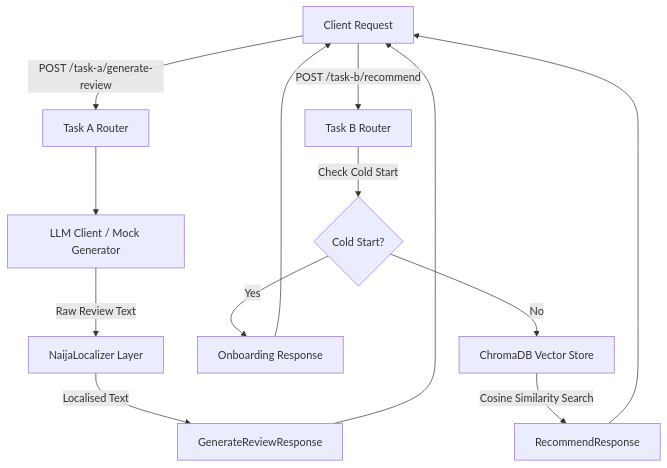
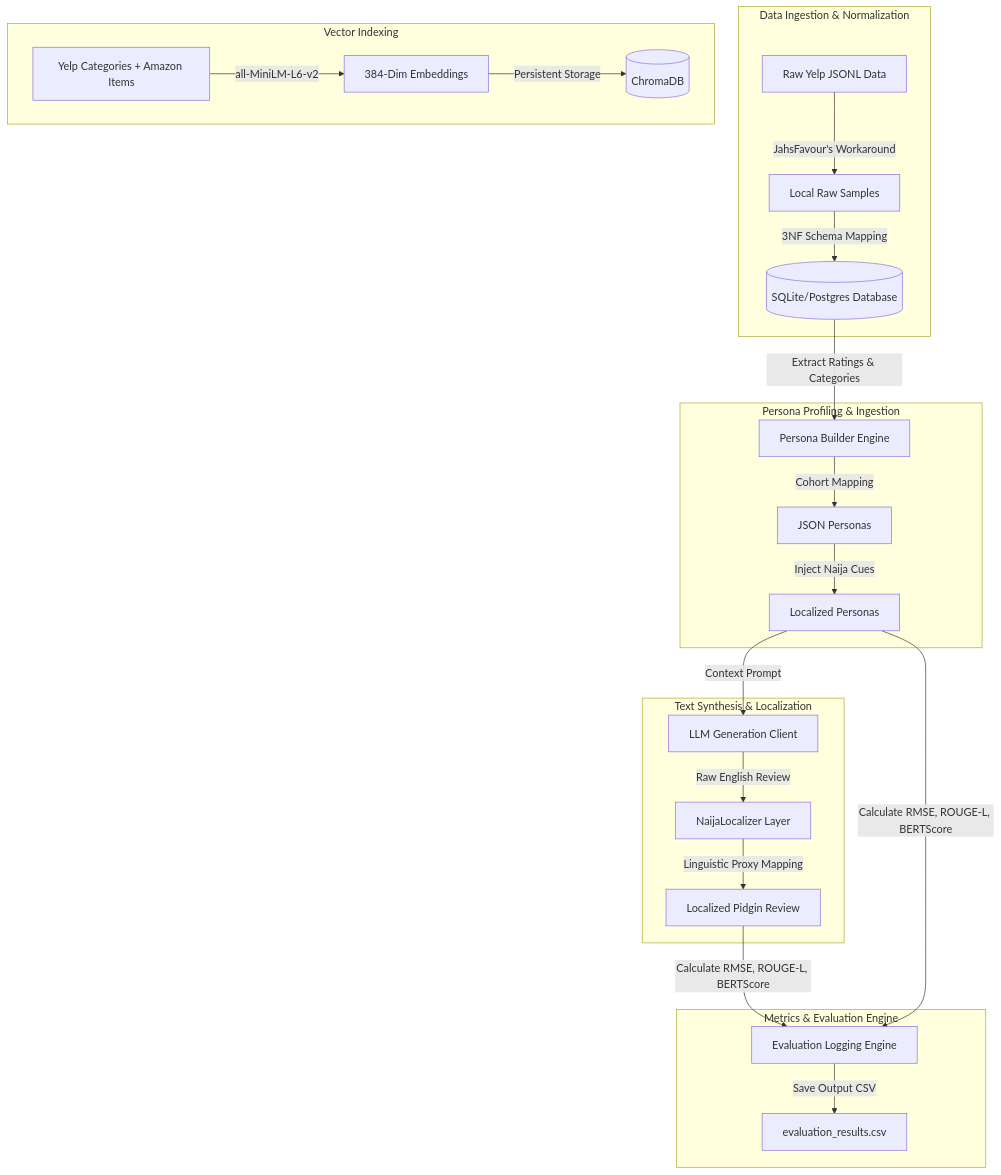
Before and after one commit to TechEngAI/DSN-hackathon: the second of 2 diagrams in docs/solution_paper.md, drawn with Mermaid. The commit also changed other lines of this file, not shown here.

Commit message:
docs: rewrite solution paper to focus on JahsFavour's assigned tasks and evaluation metrics

````diff
--- a/docs/solution_paper.md
+++ b/docs/solution_paper.md
@@ -225,18 +276,29 @@
 ```mermaid
-graph TD
-    Client[Client Request] -->|POST /task-a/generate-review| TaskA[Task A Router]
-    Client -->|POST /task-b/recommend| TaskB[Task B Router]
-    
-    TaskA --> LLM[LLM Client / Mock Generator]
-    LLM -->|Raw Review Text| Localizer[NaijaLocalizer Layer]
-    Localizer -->|Localised Text| ResA[GenerateReviewResponse]
-    
-    TaskB -->|Check Cold Start| CS{Cold Start?}
-    CS -->|Yes| Onboard[Onboarding Response]
-    CS -->|No| Chroma[ChromaDB Vector Store]
-    Chroma -->|Cosine Similarity Search| ResB[RecommendResponse]
-    
-    ResA --> Client
-    ResB --> Client
-    Onboard --> Client
+flowchart TD
+    subgraph Data Ingestion [Data Ingestion & Normalization]
+        A[Raw Yelp JSONL Data] -->|JahsFavour's Workaround| B[Local Raw Samples]
+        B -->|3NF Schema Mapping| C[(SQLite/Postgres Database)]
+    end
+
+    subgraph Persona Ingestion [Persona Profiling & Ingestion]
+        C -->|Extract Ratings & Categories| D[Persona Builder Engine]
+        D -->|Cohort Mapping| E[JSON Personas]
+        E -->|Inject Naija Cues| F[Localized Personas]
+    end
+
+    subgraph Vector Database [Vector Indexing]
+        G[Yelp Categories + Amazon Items] -->|all-MiniLM-L6-v2| H[384-Dim Embeddings]
+        H -->|Persistent Storage| I[(ChromaDB)]
+    end
+
+    subgraph LLM Generation [Text Synthesis & Localization]
+        F -->|Context Prompt| J[LLM Generation Client]
+        J -->|Raw English Review| K[NaijaLocalizer Layer]
+        K -->|Linguistic Proxy Mapping| L[Localized Pidgin Review]
+    end
+
+    subgraph Evaluation Loop [Metrics & Evaluation Engine]
+        L & F -->|Calculate RMSE, ROUGE-L, BERTScore| M[Evaluation Logging Engine]
+        M -->|Save Output CSV| N[evaluation_results.csv]
+    end
 ```
````
